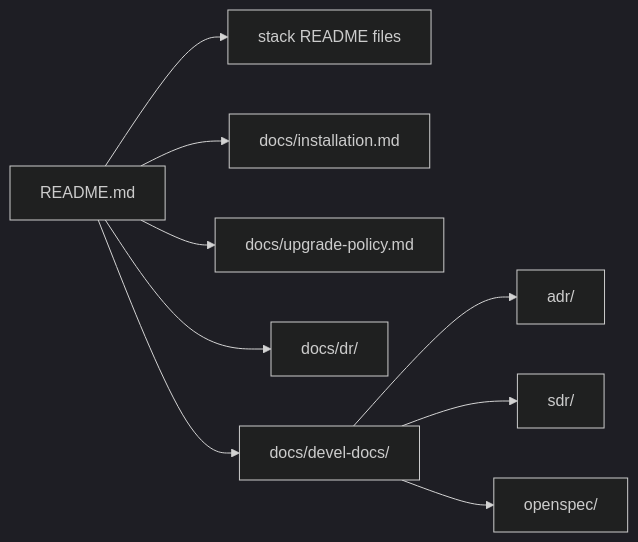
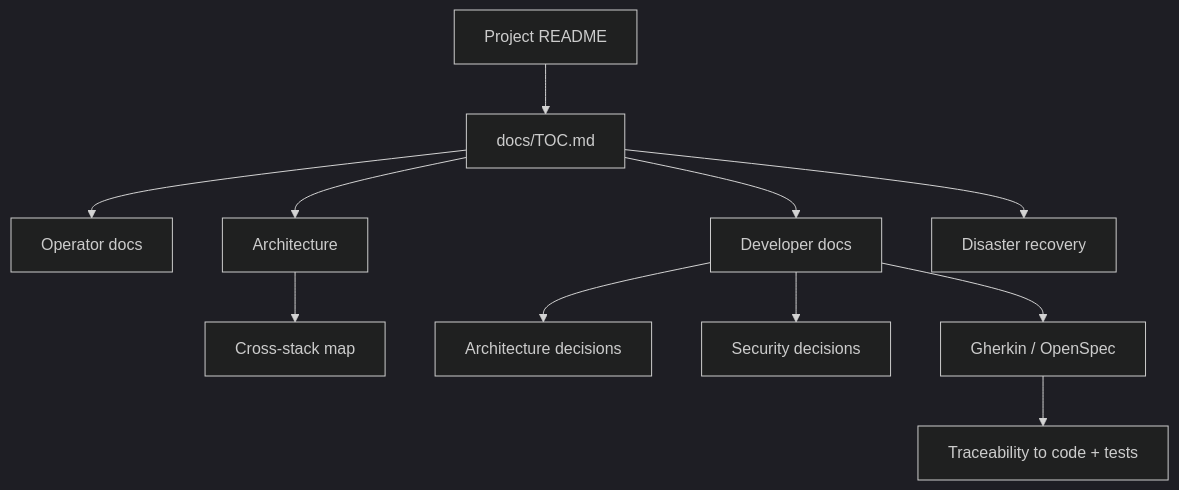
Before and after one commit to ea1het/local_hybrid_ai: the diagram in docs/README.md, drawn with Mermaid (dark theme). The commit also changed other lines of this file, not shown here.

````diff
--- a/docs/README.md
+++ b/docs/README.md
@@ -5,11 +25,13 @@
 ```mermaid
-flowchart LR
-    Root["README.md"] --> Stacks["stack README files"]
-    Root --> Install["docs/installation.md"]
-    Root --> Upgrade["docs/upgrade-policy.md"]
-    Root --> DR["docs/dr/"]
-    Root --> Dev["docs/devel-docs/"]
-    Dev --> ADR["adr/"]
-    Dev --> SDR["sdr/"]
-    Dev --> Spec["openspec/"]
+flowchart TD
+    Root["Project README"] --> TOC["docs/TOC.md"]
+    TOC --> Ops["Operator docs"]
+    TOC --> Arch["Architecture"]
+    TOC --> Dev["Developer docs"]
+    TOC --> DR["Disaster recovery"]
+    Arch --> Stacks["Cross-stack map"]
+    Dev --> ADR["Architecture decisions"]
+    Dev --> SDR["Security decisions"]
+    Dev --> Spec["Gherkin / OpenSpec"]
+    Spec --> Trace["Traceability to code + tests"]
 ```
````
